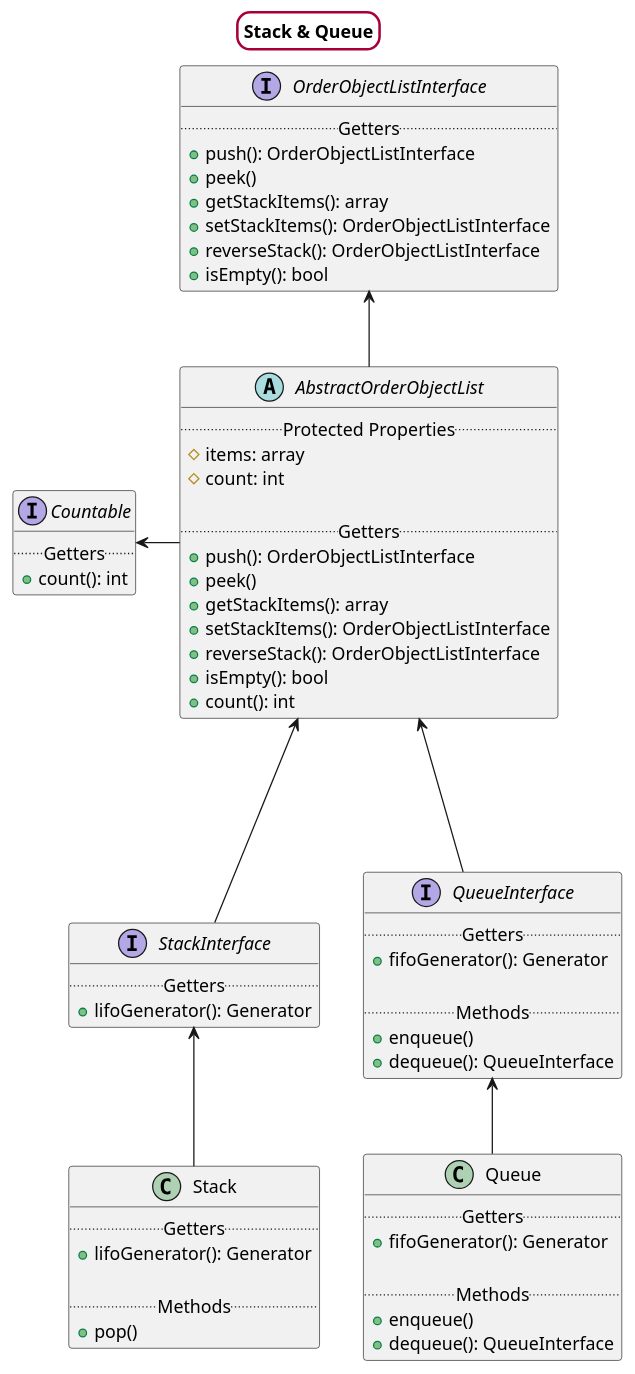
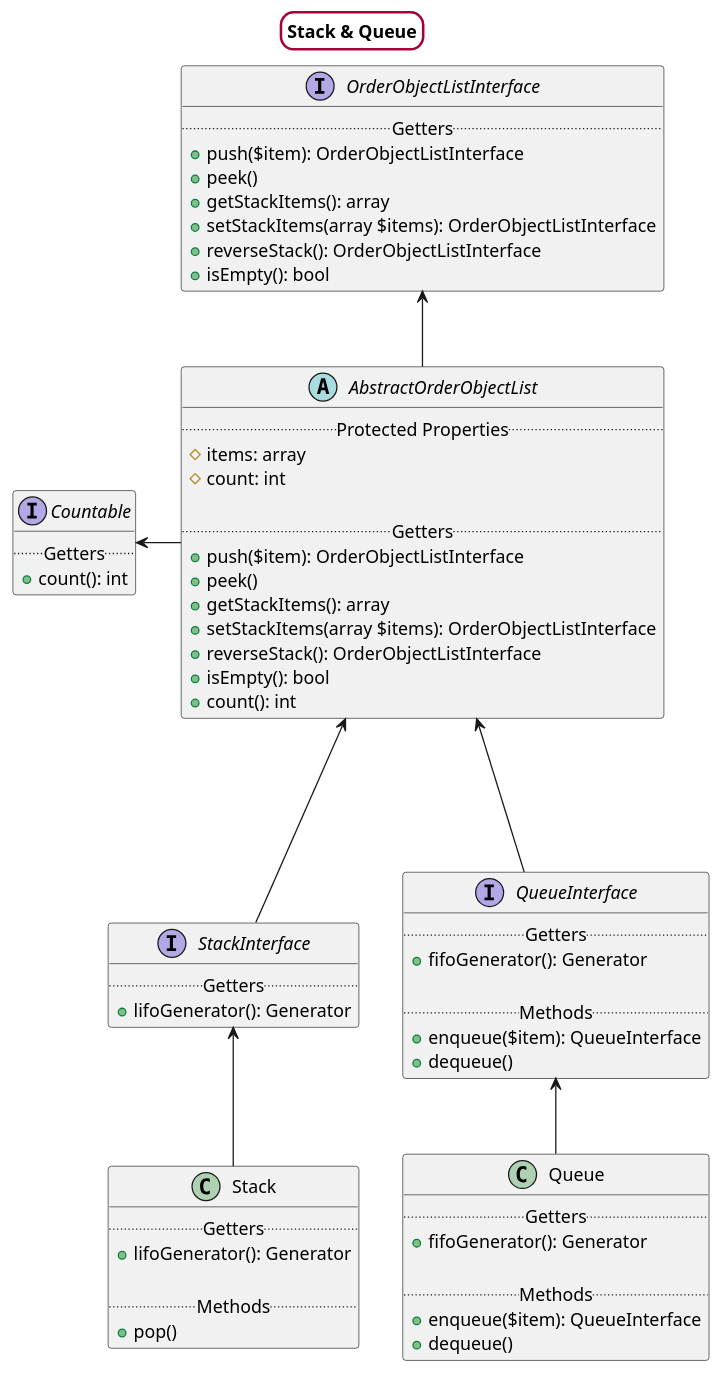
One commit to nanobash/Data-Structure changed the diagram in src/StackQueue.puml. Above: the diagram before and after it, drawn with PlantUML. The commit also changed 7 other files, not shown here.

```diff
--- a/src/StackQueue.puml
+++ b/src/StackQueue.puml
@@ -1,89 +1,89 @@
 @startuml
 
 /'
     Simple UML (Unified Modeling Language)
 '/
 
 skinparam titleBorderRoundCorner 20
 skinparam titleBorderThickness 2
 skinparam titleBorderColor #A80036
 skinparam titleBackgroundColor white
 
 title Stack & Queue
 
 interface OrderObjectListInterface
 {
     .. Getters ..
-    + push(): OrderObjectListInterface
+    + push($item): OrderObjectListInterface
     + peek()
     + getStackItems(): array
-    + setStackItems(): OrderObjectListInterface
+    + setStackItems(array $items): OrderObjectListInterface
     + reverseStack(): OrderObjectListInterface
     + isEmpty(): bool
 }
 
 interface Countable
 {
     .. Getters ..
     + count(): int
 }
 
 abstract class AbstractOrderObjectList
 {
     .. Protected Properties ..
     # items: array
     # count: int
 
     .. Getters ..
-    + push(): OrderObjectListInterface
+    + push($item): OrderObjectListInterface
     + peek()
     + getStackItems(): array
-    + setStackItems(): OrderObjectListInterface
+    + setStackItems(array $items): OrderObjectListInterface
     + reverseStack(): OrderObjectListInterface
     + isEmpty(): bool
     + count(): int
 }
 
 interface StackInterface
 {
     .. Getters ..
     + lifoGenerator(): Generator
 }
 
 interface QueueInterface
 {
     .. Getters ..
     + fifoGenerator(): Generator
 
     .. Methods ..
-    + enqueue()
-    + dequeue(): QueueInterface
+    + enqueue($item): QueueInterface
+    + dequeue()
 }
 
 class Stack
 {
     .. Getters ..
     + lifoGenerator(): Generator
 
     .. Methods ..
     + pop()
 }
 
 class Queue
 {
     .. Getters ..
     + fifoGenerator(): Generator
 
     .. Methods ..
-    + enqueue()
-    + dequeue(): QueueInterface
+    + enqueue($item): QueueInterface
+    + dequeue()
 }
 
 Countable <- AbstractOrderObjectList
 OrderObjectListInterface <-- AbstractOrderObjectList
 AbstractOrderObjectList <--- StackInterface
 AbstractOrderObjectList <--- QueueInterface
 StackInterface <-- Stack
 QueueInterface <-- Queue
 
 @enduml
```
